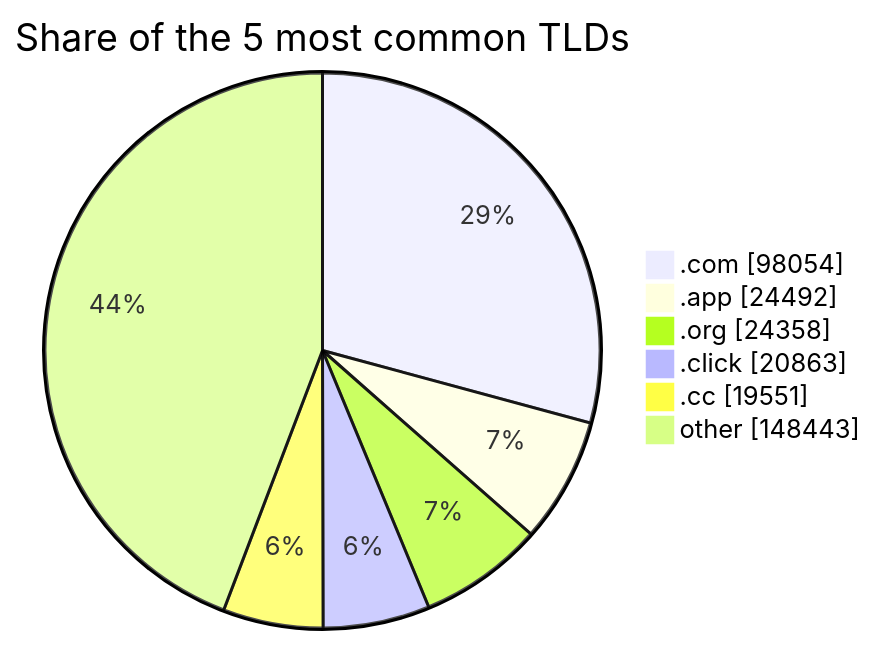
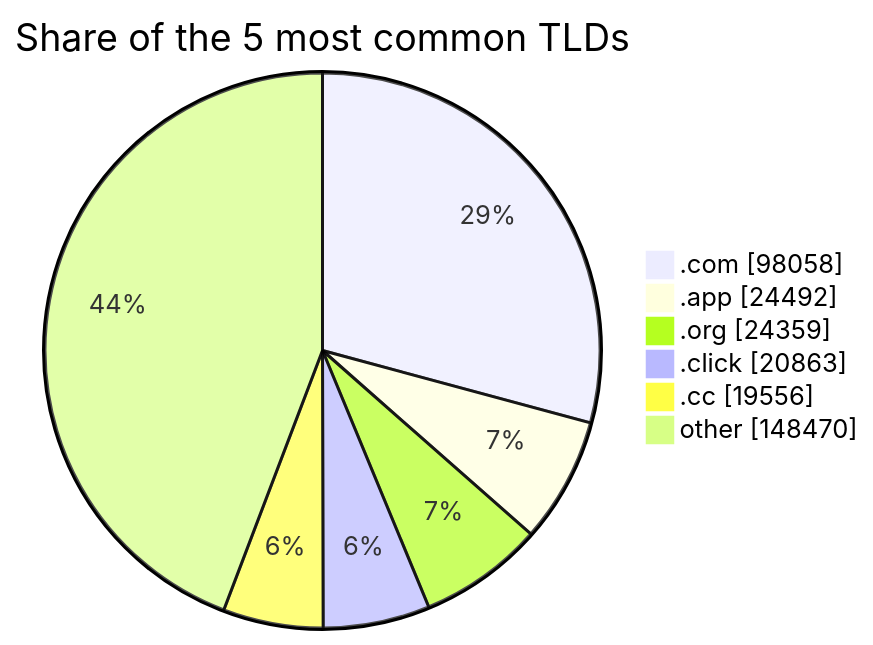
Before and after one commit to DNSBunker/CTI: the third of 3 diagrams in README.md, drawn with Mermaid. The commit also changed other lines of this file and 4 other files, not shown here.

````diff
--- a/README.md
+++ b/README.md
@@ -81,9 +81,9 @@
 ```mermaid
 pie showData title Share of the 5 most common TLDs
-    ".com" : 98054
+    ".com" : 98058
     ".app" : 24492
-    ".org" : 24358
+    ".org" : 24359
     ".click" : 20863
-    ".cc" : 19551
-    "other" : 148443
+    ".cc" : 19556
+    "other" : 148470
 ```
````
